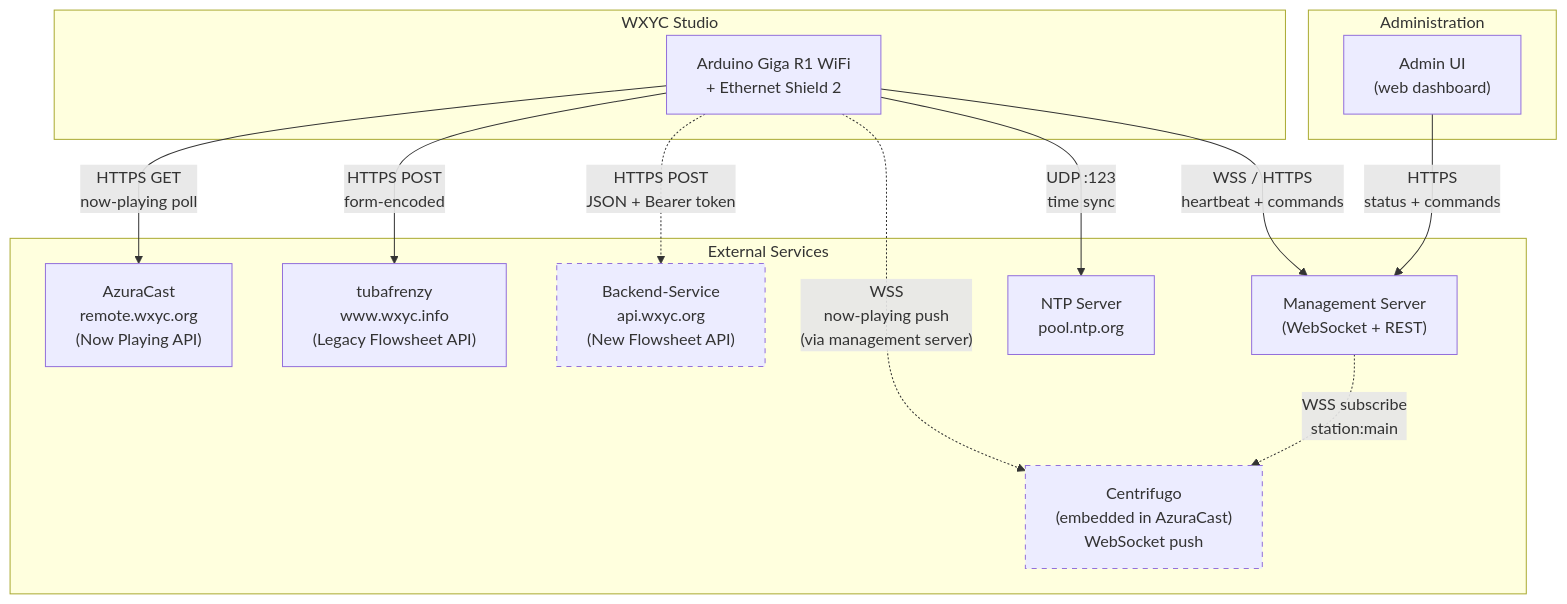
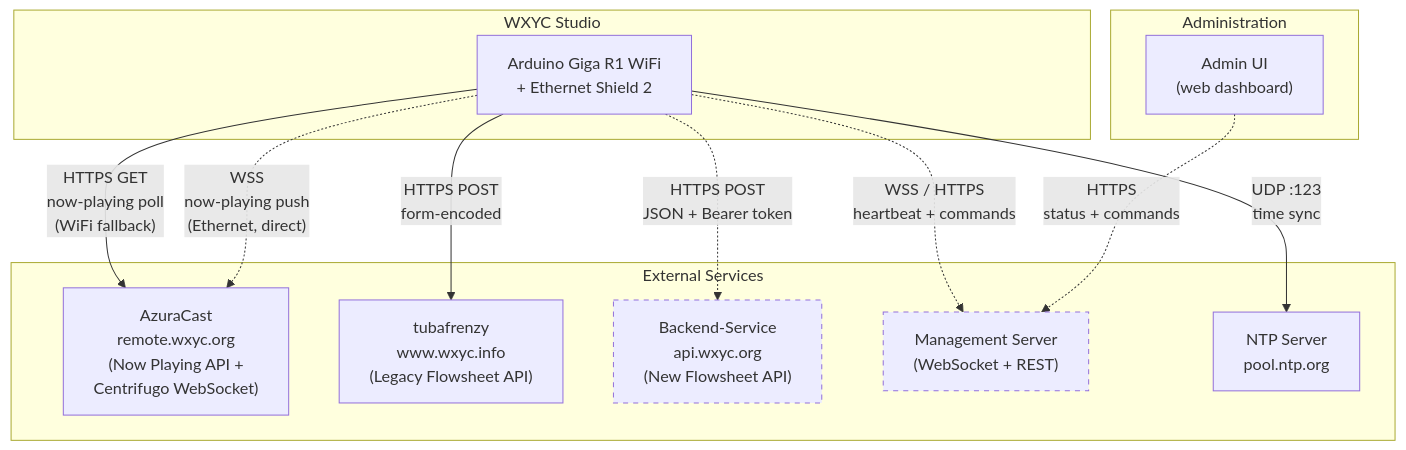
The first of 11 diagrams in docs/networking-spec.md (WXYC/auto-dj-arduino-switch), drawn with Mermaid before and after one commit. The commit also changed other lines of this file, not shown here.

````diff
--- a/docs/networking-spec.md
+++ b/docs/networking-spec.md
@@ -59,32 +59,30 @@
 ```mermaid
 flowchart TD
     subgraph Studio["WXYC Studio"]
         ARD["Arduino Giga R1 WiFi<br>+ Ethernet Shield 2"]
     end
 
     subgraph External["External Services"]
-        AZ["AzuraCast<br>remote.wxyc.org<br>(Now Playing API)"]
-        CF["Centrifugo<br>(embedded in AzuraCast)<br>WebSocket push"]
+        AZ["AzuraCast<br>remote.wxyc.org<br>(Now Playing API +<br>Centrifugo WebSocket)"]
         TF["tubafrenzy<br>www.wxyc.info<br>(Legacy Flowsheet API)"]
         BS["Backend-Service<br>api.wxyc.org<br>(New Flowsheet API)"]
         MS["Management Server<br>(WebSocket + REST)"]
         NTP["NTP Server<br>pool.ntp.org"]
     end
 
     subgraph Admin["Administration"]
         UI["Admin UI<br>(web dashboard)"]
     end
 
-    ARD -- "HTTPS GET<br>now-playing poll" --> AZ
-    ARD -. "WSS<br>now-playing push<br>(via management server)" .-> CF
+    ARD -- "HTTPS GET<br>now-playing poll<br>(WiFi fallback)" --> AZ
+    ARD -. "WSS<br>now-playing push<br>(Ethernet, direct)" .-> AZ
     ARD -- "HTTPS POST<br>form-encoded" --> TF
     ARD -. "HTTPS POST<br>JSON + Bearer token" .-> BS
-    ARD -- "WSS / HTTPS<br>heartbeat + commands" --> MS
+    ARD -. "WSS / HTTPS<br>heartbeat + commands" .-> MS
     ARD -- "UDP :123<br>time sync" --> NTP
 
-    UI -- "HTTPS<br>status + commands" --> MS
-    MS -. "WSS subscribe<br>station:main" .-> CF
+    UI -. "HTTPS<br>status + commands" .-> MS
 
     style BS stroke-dasharray: 5 5
-    style CF stroke-dasharray: 5 5
+    style MS stroke-dasharray: 5 5
 ```
````
